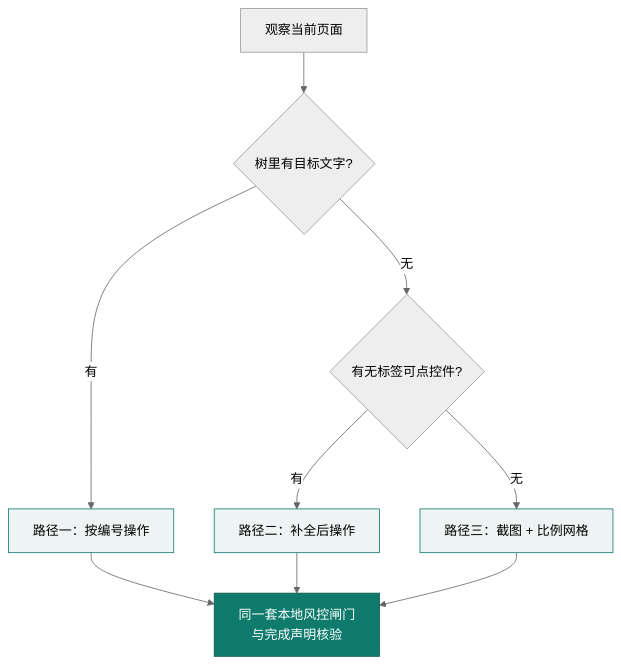
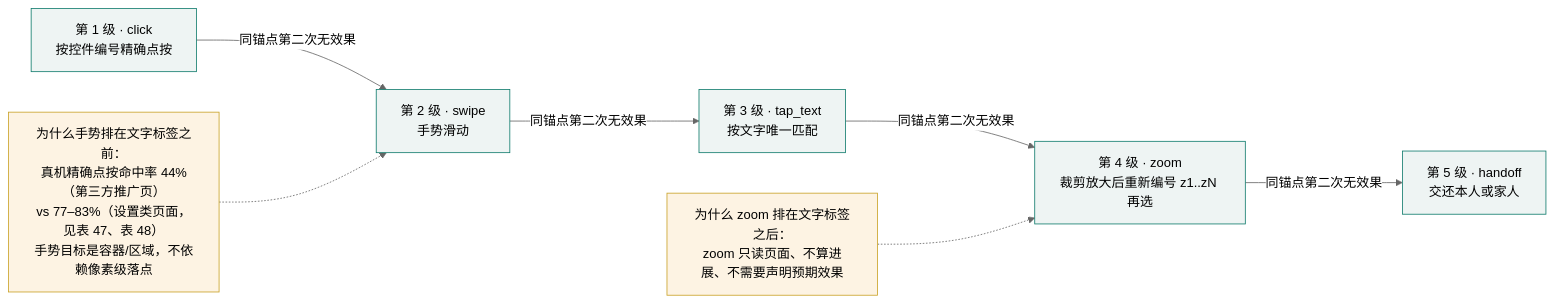
The diagram in docs/aic-2026/figures/fig7.mmd (lhxll07/elder-harness), drawn with Mermaid before and after one commit. The commit also changed 73 other files, not shown here.

```diff
--- a/docs/aic-2026/figures/fig7.mmd
+++ b/docs/aic-2026/figures/fig7.mmd
@@ -1,14 +1,12 @@
 %%{init: {"theme":"neutral","themeVariables":{"fontFamily":"Noto Sans CJK SC, sans-serif","fontSize":"16px"}}}%%
-flowchart TD
-  O["观察当前页面"] --> Q1{"树里有目标文字?"}
-  Q1 -->|有| A["路径一：按编号操作"]
-  Q1 -->|无| Q2{"有无标签可点控件?"}
-  Q2 -->|有| B["路径二：补全后操作"]
-  Q2 -->|无| C["路径三：截图 + 比例网格"]
-  A --> G["同一套本地风控闸门<br/>与完成声明核验"]
-  B --> G
-  C --> G
-  classDef p fill:#eef4f3,stroke:#0f7b6c
-  classDef g fill:#0f7b6c,color:#fff,stroke:#0b5a4f
-  class A,B,C p
-  class G g
+flowchart LR
+  R1["第 1 级 · click<br/>按控件编号精确点按"] -->|同锚点第二次无效果| R2["第 2 级 · swipe<br/>手势滑动"]
+  R2 -->|同锚点第二次无效果| R3["第 3 级 · tap_text<br/>按文字唯一匹配"]
+  R3 -->|同锚点第二次无效果| R4["第 4 级 · zoom<br/>裁剪放大后重新编号 z1..zN 再选"]
+  R4 -->|同锚点第二次无效果| R5["第 5 级 · handoff<br/>交还本人或家人"]
+  E1["为什么手势排在文字标签之前：<br/>真机精确点按命中率 44%（第三方推广页）<br/>vs 77–83%（设置类页面，见表 47、表 48）<br/>手势目标是容器/区域，不依赖像素级落点"] -.-> R2
+  E2["为什么 zoom 排在文字标签之后：<br/>zoom 只读页面、不算进展、不需要声明预期效果"] -.-> R4
+  classDef rung fill:#eef4f3,stroke:#0f7b6c
+  classDef note fill:#fdf3e3,stroke:#c9a227
+  class R1,R2,R3,R4,R5 rung
+  class E1,E2 note
```
